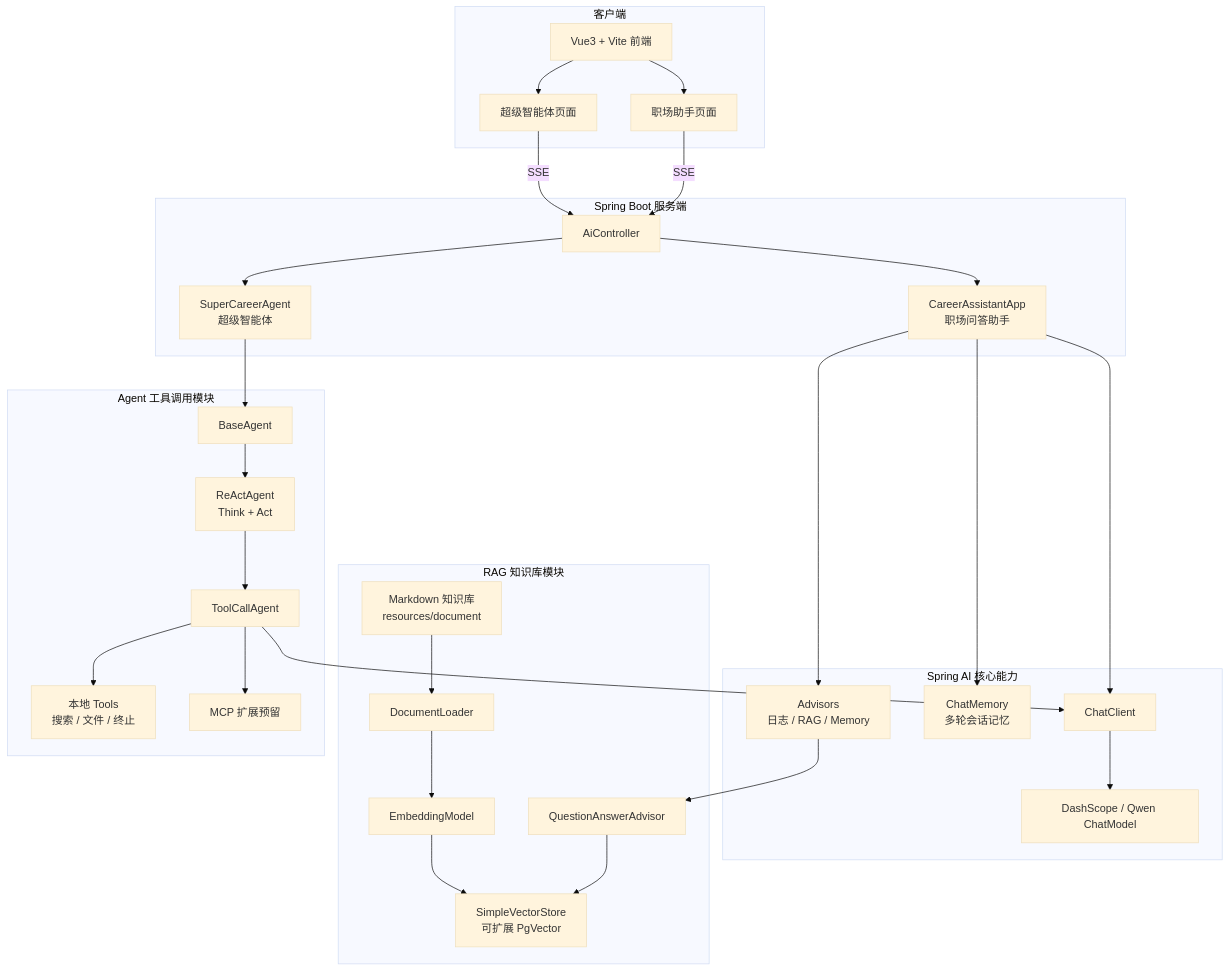
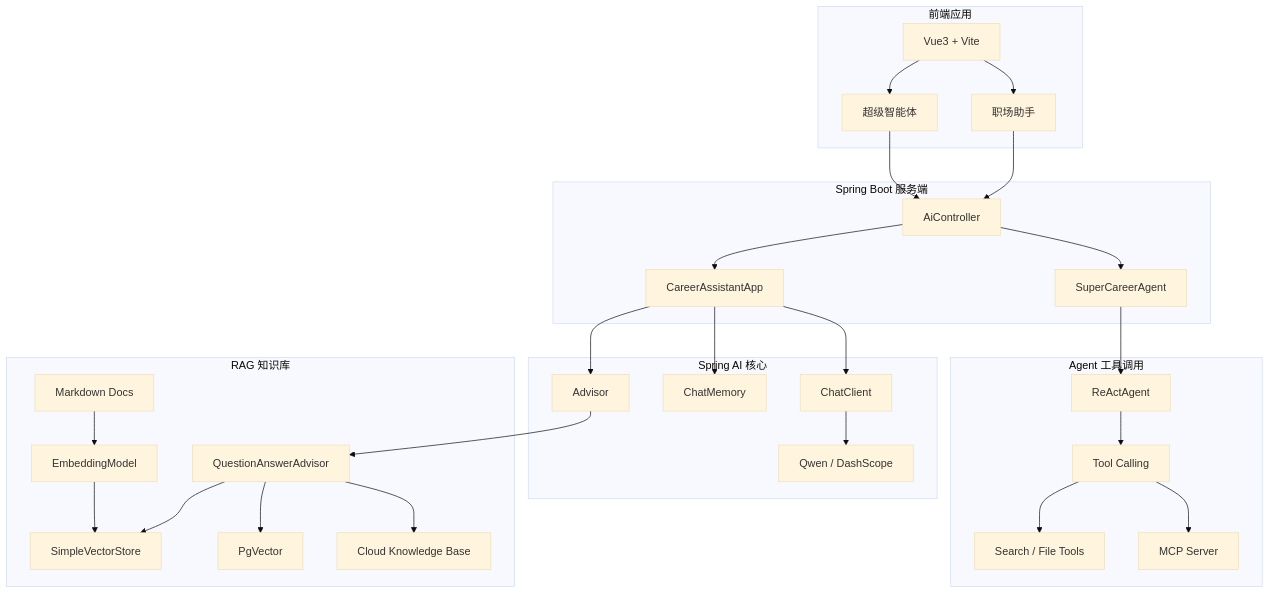
Before and after one commit to silencebar/z-career-copilot: the diagram in README.md, drawn with Mermaid (base theme). The commit also changed other lines of this file, not shown here.

````diff
--- a/README.md
+++ b/README.md
@@ -43,72 +40,66 @@
 ```mermaid
 flowchart TB
-    subgraph Client[客户端]
-        Web[Vue3 + Vite 前端]
-        Page1[职场助手页面]
-        Page2[超级智能体页面]
+
+    subgraph Frontend[前端应用]
+        Vue[Vue3 + Vite]
+        CareerPage[职场助手]
+        AgentPage[超级智能体]
     end
 
-    subgraph Server[Spring Boot 服务端]
+    subgraph Backend[Spring Boot 服务端]
         Controller[AiController]
-        CareerApp[CareerAssistantApp
-职场问答助手]
-        SuperAgent[SuperCareerAgent
-超级智能体]
+        CareerApp[CareerAssistantApp]
+        SuperAgent[SuperCareerAgent]
     end
 
-    subgraph AI[Spring AI 核心能力]
+    subgraph AI[Spring AI 核心]
         ChatClient[ChatClient]
-        ChatModel[DashScope / Qwen ChatModel]
-        Memory[ChatMemory
-多轮会话记忆]
-        Advisor[Advisors
-日志 / RAG / Memory]
+        ChatModel[Qwen / DashScope]
+        Memory[ChatMemory]
+        Advisor[Advisor]
     end
 
-    subgraph RAG[RAG 知识库模块]
-        Docs[Markdown 知识库
-resources/document]
-        Loader[DocumentLoader]
+    subgraph RAG[RAG 知识库]
+        Docs[Markdown Docs]
         Embedding[EmbeddingModel]
-        VectorStore[SimpleVectorStore
-可扩展 PgVector]
+        VectorStore[SimpleVectorStore]
+        PgVector[PgVector]
+        CloudKB[Cloud Knowledge Base]
         Retriever[QuestionAnswerAdvisor]
     end
 
-    subgraph Agent[Agent 工具调用模块]
-        Base[BaseAgent]
-        ReAct[ReActAgent
-Think + Act]
-        ToolCall[ToolCallAgent]
-        Tools[本地 Tools
-搜索 / 文件 / 终止]
-        MCP[MCP 扩展预留]
+    subgraph Agent[Agent 工具调用]
+        ReAct[ReActAgent]
+        ToolCall[Tool Calling]
+        Tools[Search / File Tools]
+        MCP[MCP Server]
     end
 
-    Web --> Page1
-    Web --> Page2
-    Page1 -->|SSE| Controller
-    Page2 -->|SSE| Controller
+    Vue --> CareerPage
+    Vue --> AgentPage
+
+    CareerPage --> Controller
+    AgentPage --> Controller
 
     Controller --> CareerApp
     Controller --> SuperAgent
 
     CareerApp --> ChatClient
     CareerApp --> Memory
     CareerApp --> Advisor
+
     Advisor --> Retriever
     Retriever --> VectorStore
+    Retriever --> PgVector
+    Retriever --> CloudKB
 
-    Docs --> Loader
-    Loader --> Embedding
+    Docs --> Embedding
     Embedding --> VectorStore
 
-    SuperAgent --> Base
-    Base --> ReAct
+    SuperAgent --> ReAct
     ReAct --> ToolCall
     ToolCall --> Tools
     ToolCall --> MCP
-    ToolCall --> ChatClient
 
     ChatClient --> ChatModel
 ```
````
